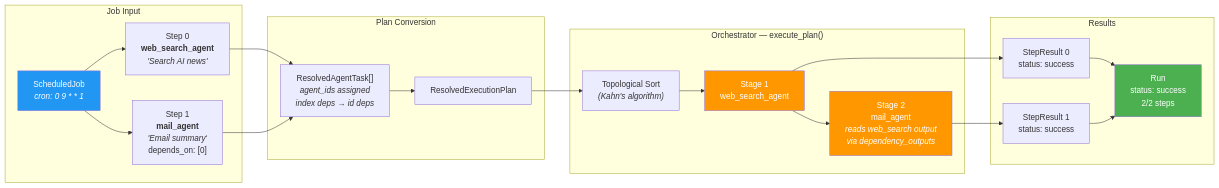
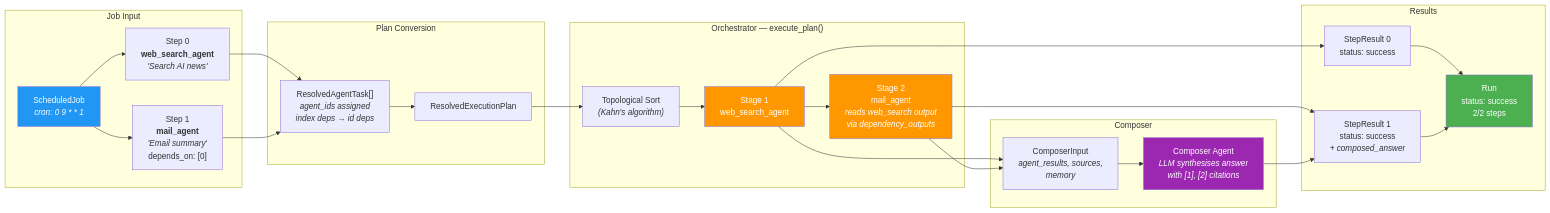
One commit to vinu0404/TopoSort-RAG changed diagram 35 of 38 in README.md. Above: the diagram before and after it, drawn with Mermaid. The commit also changed other lines of this file, not shown here.

````diff
--- a/README.md
+++ b/README.md
@@ -4060,38 +4070,46 @@
 ```mermaid
 flowchart LR
     subgraph Input["Job Input"]
         Job["ScheduledJob<br/><i>cron: 0 9 * * 1</i>"]
         S1["Step 0<br/><b>web_search_agent</b><br/><i>'Search AI news'</i>"]
         S2["Step 1<br/><b>mail_agent</b><br/><i>'Email summary'</i><br/>depends_on: [0]"]
     end
 
     subgraph Convert["Plan Conversion"]
         RT["ResolvedAgentTask[]<br/><i>agent_ids assigned<br/>index deps → id deps</i>"]
         Plan["ResolvedExecutionPlan"]
     end
 
     subgraph Execute["Orchestrator — execute_plan()"]
         Topo["Topological Sort<br/><i>(Kahn's algorithm)</i>"]
         Stage1["Stage 1<br/>web_search_agent"]
         Stage2["Stage 2<br/>mail_agent<br/><i>reads web_search output<br/>via dependency_outputs</i>"]
     end
 
+    subgraph Compose["Composer"]
+        CI["ComposerInput<br/><i>agent_results, sources,<br/>memory</i>"]
+        CA["Composer Agent<br/><i>LLM synthesises answer<br/>with [1], [2] citations</i>"]
+    end
+
     subgraph Record["Results"]
         SR1["StepResult 0<br/>status: success"]
-        SR2["StepResult 1<br/>status: success"]
+        SR2["StepResult 1<br/>status: success<br/><i>+ composed_answer</i>"]
         Run["Run<br/>status: success<br/>2/2 steps"]
     end
 
     Job --> S1 & S2
     S1 & S2 --> RT --> Plan
     Plan --> Topo
     Topo --> Stage1 --> Stage2
+    Stage1 & Stage2 --> CI --> CA
     Stage1 --> SR1
     Stage2 --> SR2
+    CA --> SR2
     SR1 & SR2 --> Run
 
     style Job fill:#2196F3,color:#fff
     style Stage1 fill:#FF9800,color:#fff
     style Stage2 fill:#FF9800,color:#fff
+    style CA fill:#9C27B0,color:#fff
     style Run fill:#4CAF50,color:#fff
 ```
````
